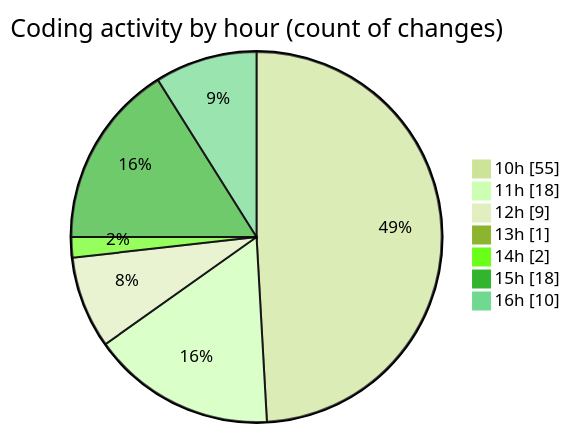
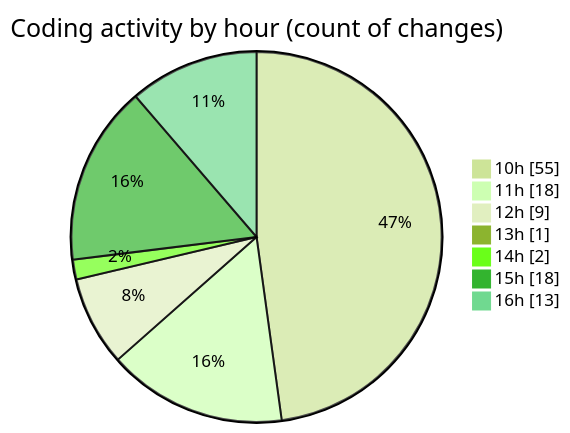
The second of 2 diagrams in 2026-03-06/nxtqube_webapp/README.md (nxtqubesakshisongat/code-tracking), drawn with Mermaid (forest theme) before and after one commit. The commit also changed other lines of this file and 1 other file, not shown here.

````diff
--- a/2026-03-06/nxtqube_webapp/README.md
+++ b/2026-03-06/nxtqube_webapp/README.md
@@ -38,11 +38,11 @@
 ```mermaid
 pie showData
 title Coding activity by hour (count of changes)
 "10h" : 55
 "11h" : 18
 "12h" : 9
 "13h" : 1
 "14h" : 2
 "15h" : 18
-"16h" : 10
+"16h" : 13
 ```
````
